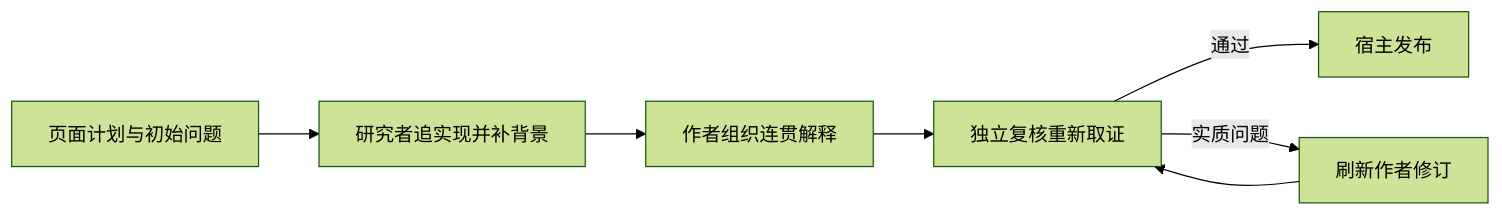
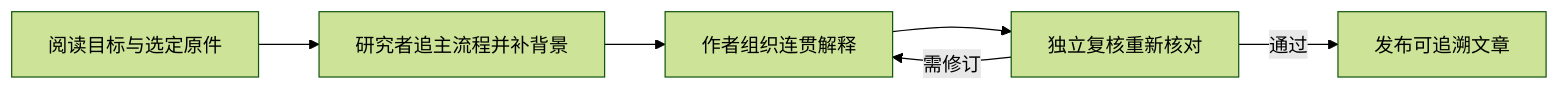
One commit to lejunyang/omem changed the diagram in .repo-review/knowledge/articles/8a78e7c7634bdf870e9fc4ddcb0670e345ae0a629b2af3c08bd864ef0f1482aa.md. Above: the diagram before and after it, drawn with Mermaid (forest theme). The commit also changed other lines of this file and 13 other files, not shown here.

````diff
--- a/.repo-review/knowledge/articles/8a78e7c7634bdf870e9fc4ddcb0670e345ae0a629b2af3c08bd864ef0f1482aa.md
+++ b/.repo-review/knowledge/articles/8a78e7c7634bdf870e9fc4ddcb0670e345ae0a629b2af3c08bd864ef0f1482aa.md
@@ -37,9 +14,8 @@
 ```mermaid
 flowchart LR
-  B[页面计划与初始问题] --> R[研究者追实现并补背景]
-  R --> W[作者组织连贯解释]
-  W --> V[独立复核重新取证]
-  V -->|通过| P[宿主发布]
-  V -->|实质问题| F[刷新作者修订]
-  F --> V
+  A[阅读目标与选定原件] --> B[研究者追主流程并补背景]
+  B --> C[作者组织连贯解释]
+  C --> D[独立复核重新核对]
+  D -->|通过| E[发布可追溯文章]
+  D -->|需修订| C
 ```
````
